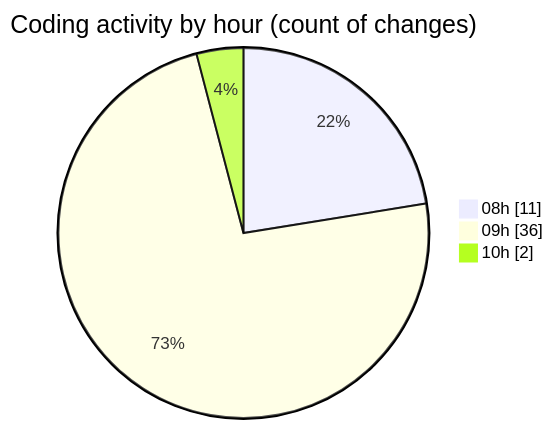
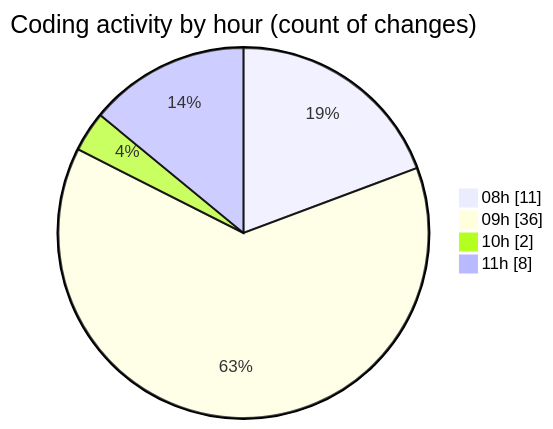
Before and after one commit to MatusMokan/code-tracking: the second of 2 diagrams in 2025-11-15/untitled__workspace_/README.md, drawn with Mermaid. The commit also changed other lines of this file and 1 other file, not shown here.

````diff
--- a/2025-11-15/untitled__workspace_/README.md
+++ b/2025-11-15/untitled__workspace_/README.md
@@ -35,7 +36,8 @@
 ```mermaid
 pie showData
 title Coding activity by hour (count of changes)
 "08h" : 11
 "09h" : 36
 "10h" : 2
+"11h" : 8
 ```
````
